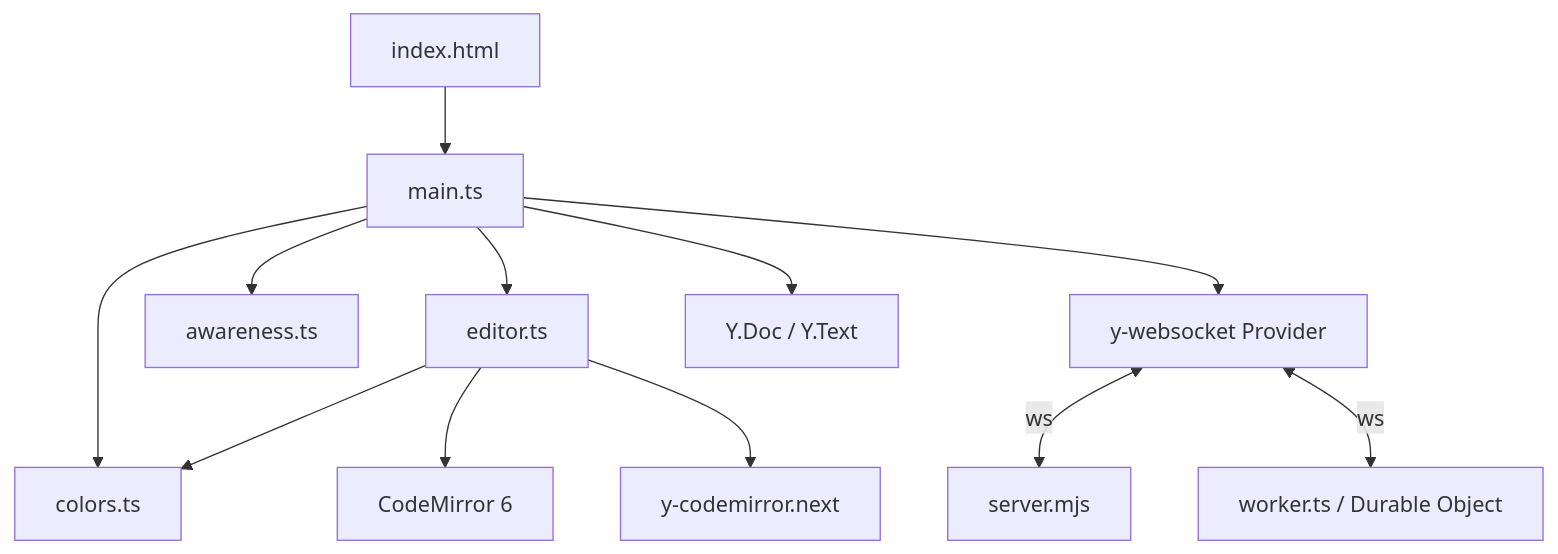
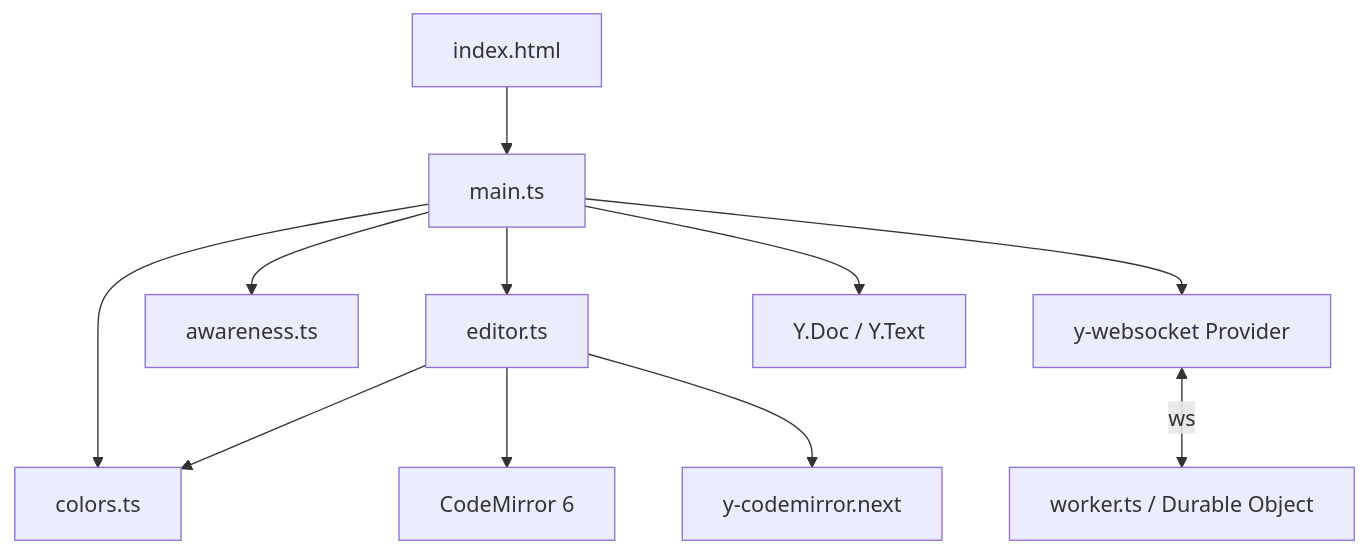
Before and after one commit to am/shake-gently: the second of 2 diagrams in README.md, drawn with Mermaid. The commit also changed other lines of this file and 6 other files, not shown here.

````diff
--- a/README.md
+++ b/README.md
@@ -79,14 +78,13 @@
 ```mermaid
 graph TD
     HTML[index.html] --> main[main.ts]
     main --> editor[editor.ts]
     main --> awareness[awareness.ts]
     main --> colors[colors.ts]
     editor --> colors
     main --> provider[y-websocket Provider]
-    provider <-->|ws| node[server.mjs]
     provider <-->|ws| worker[worker.ts / Durable Object]
     main --> ydoc[Y.Doc / Y.Text]
     editor --> cm[CodeMirror 6]
     editor --> ycollab[y-codemirror.next]
 ```
````
